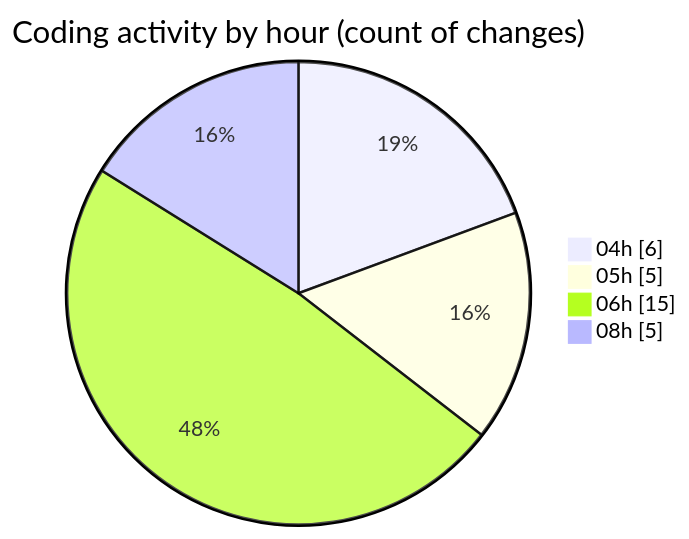
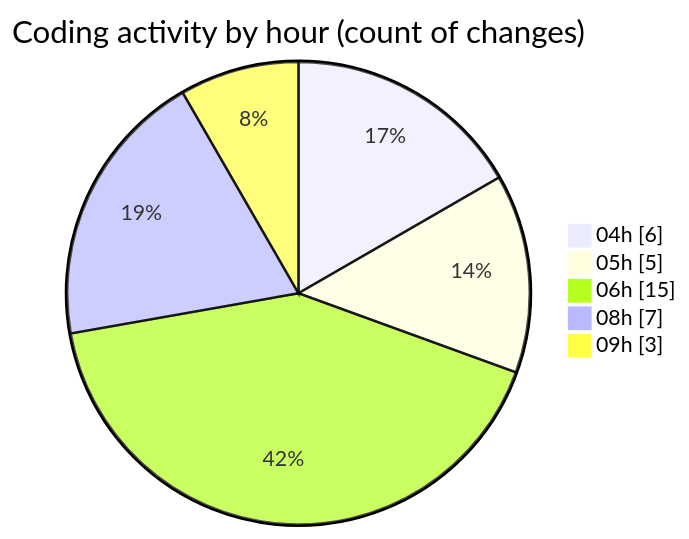
One commit to vahidmafi/code-tracking changed the second of 2 diagrams in 2025-03-23/zeytoon/README.md. Above: the diagram before and after it, drawn with Mermaid. The commit also changed other lines of this file and 1 other file, not shown here.

````diff
--- a/2025-03-23/zeytoon/README.md
+++ b/2025-03-23/zeytoon/README.md
@@ -38,8 +38,9 @@
 ```mermaid
 pie showData
 title Coding activity by hour (count of changes)
 "04h" : 6
 "05h" : 5
 "06h" : 15
-"08h" : 5
+"08h" : 7
+"09h" : 3
 ```
````
